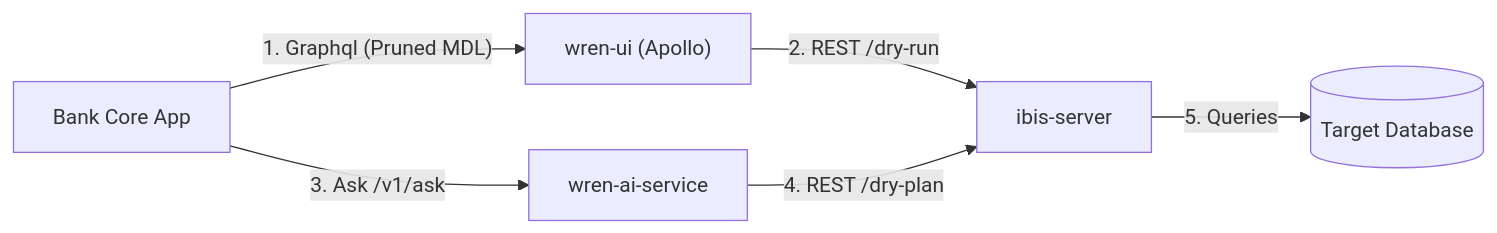
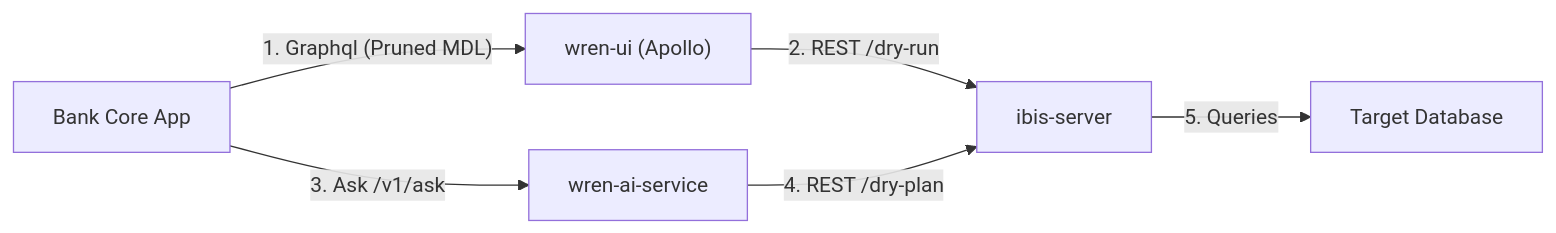
The first of 2 diagrams in POC_DOCUMENTS/legacy/wren_integration_guide.md (arpit199924/Wren_setup), drawn with Mermaid before and after one commit. The commit also changed other lines of this file and 2 other files, not shown here.

Commit message:
Update legacy documents to include both text-based ASCII flowcharts and corrected Mermaid syntax

````diff
--- a/POC_DOCUMENTS/legacy/wren_integration_guide.md
+++ b/POC_DOCUMENTS/legacy/wren_integration_guide.md
@@ -19,8 +47,8 @@
 ```mermaid
 graph LR
     App["Bank Core App"] -->|"1. Graphql (Pruned MDL)"| UI["wren-ui (Apollo)"]
     App -->|"3. Ask /v1/ask"| AIService["wren-ai-service"]
     UI -->|"2. REST /dry-run"| Ibis["ibis-server"]
     AIService -->|"4. REST /dry-plan"| Ibis
-    Ibis -->|"5. Queries"| DB[("Target Database")]
+    Ibis -->|"5. Queries"| DB["Target Database"]
 ```
````
